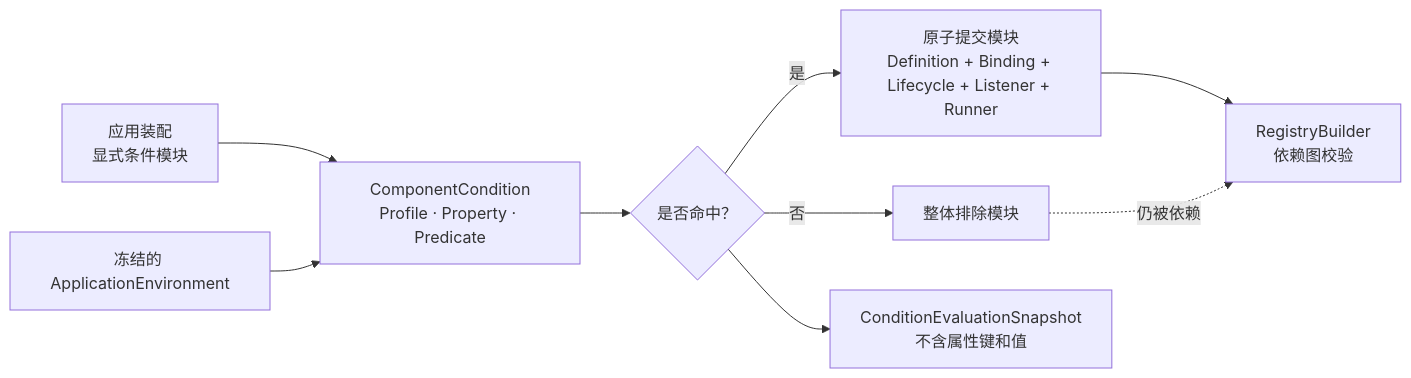
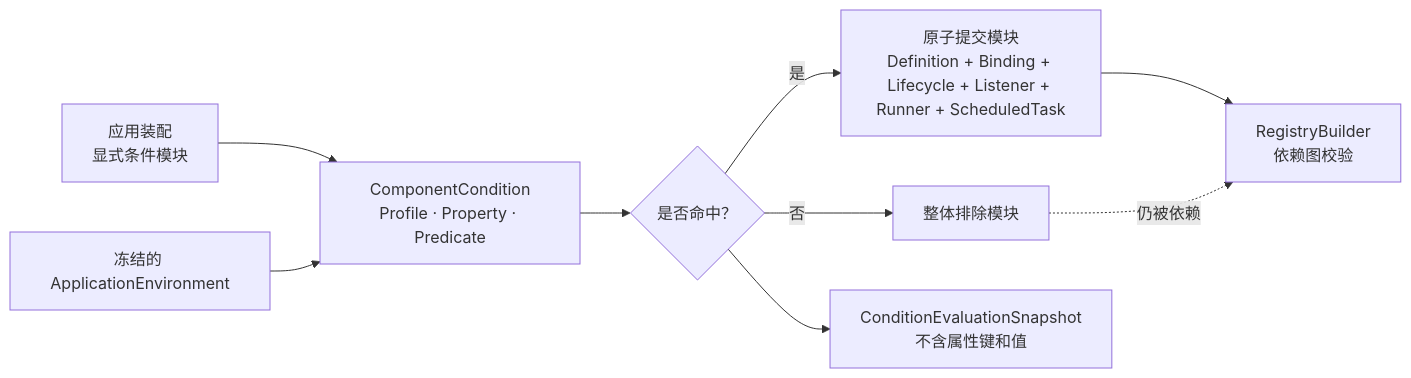
One commit to easy-4-rust/vernal changed diagram 15 of 26 in docs/Vernal-Architecture.zh_CN.md. Above: the diagram before and after it, drawn with Mermaid. The commit also changed other lines of this file and 33 other files, not shown here.

````diff
--- a/docs/Vernal-Architecture.zh_CN.md
+++ b/docs/Vernal-Architecture.zh_CN.md
@@ -977,19 +977,19 @@
 ```mermaid
 flowchart LR
     Assembly["应用装配<br/>显式条件模块"]
     Environment["冻结的 ApplicationEnvironment"]
     Condition["ComponentCondition<br/>Profile · Property · Predicate"]
     Decision{"是否命中？"}
-    Commit["原子提交模块<br/>Definition + Binding + Lifecycle + Listener + Runner"]
+    Commit["原子提交模块<br/>Definition + Binding + Lifecycle + Listener + Runner + ScheduledTask"]
     Omit["整体排除模块"]
     Graph["RegistryBuilder<br/>依赖图校验"]
     Snapshot["ConditionEvaluationSnapshot<br/>不含属性键和值"]
 
     Assembly --> Condition
     Environment --> Condition
     Condition --> Decision
     Decision -->|"是"| Commit --> Graph
     Decision -->|"否"| Omit
     Decision --> Snapshot
     Omit -.->|"仍被依赖"| Graph
 ```
````
